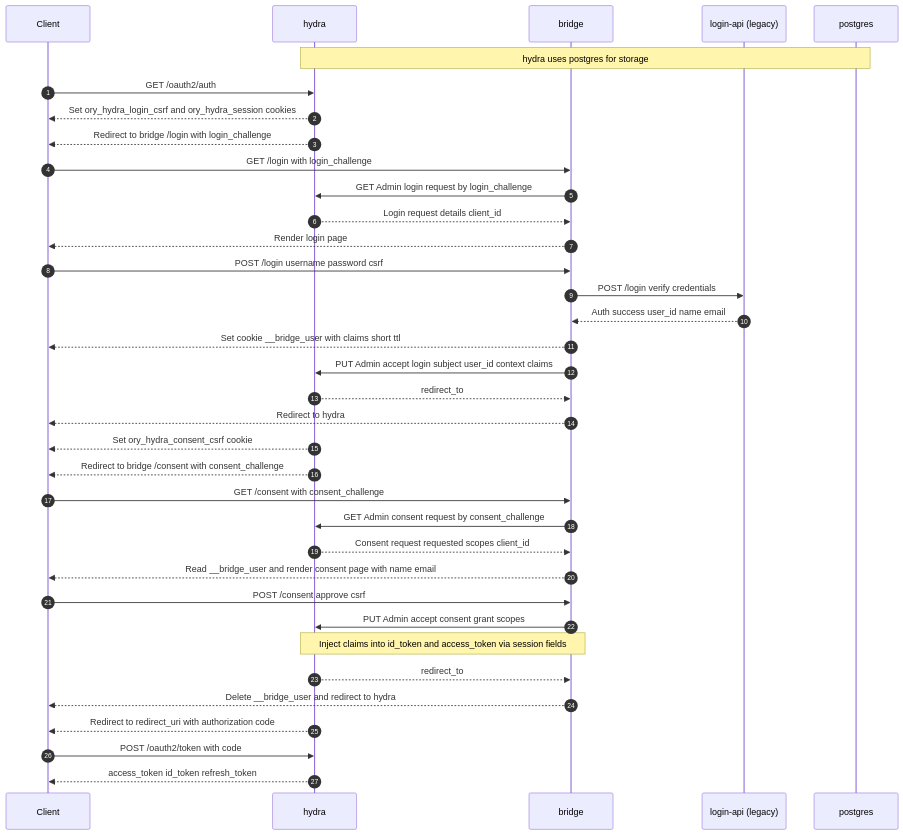
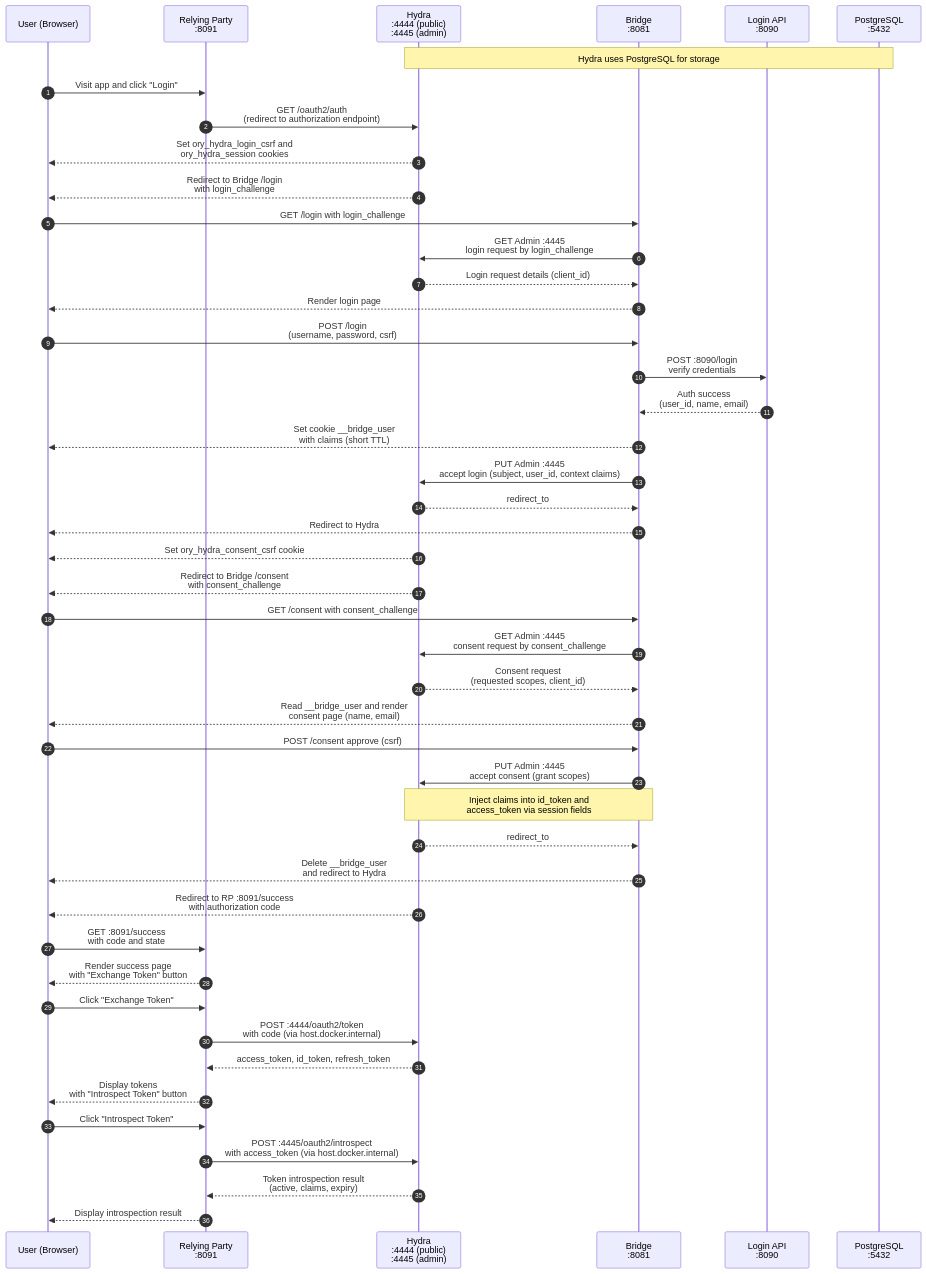
One commit to nduyhai/hydra-bridge changed the diagram in README.md. Above: the diagram before and after it, drawn with Mermaid. The commit also changed 3 other files, not shown here.

Commit message:
feat: add introspect token

````diff
--- a/README.md
+++ b/README.md
@@ -32,40 +32,60 @@
 ```mermaid
 sequenceDiagram
-    autonumber
-    participant Client
-    participant hydra as hydra
-    participant bridge as bridge
-    participant login_api as login-api (legacy)
-    participant postgres as postgres
-    Note over hydra, postgres: hydra uses postgres for storage
-    Client ->> hydra: GET /oauth2/auth
-    hydra -->> Client: Set ory_hydra_login_csrf and ory_hydra_session cookies
-    hydra -->> Client: Redirect to bridge /login with login_challenge
-    Client ->> bridge: GET /login with login_challenge
-    bridge ->> hydra: GET Admin login request by login_challenge
-    hydra -->> bridge: Login request details client_id
-    bridge -->> Client: Render login page
-    Client ->> bridge: POST /login username password csrf
-    bridge ->> login_api: POST /login verify credentials
-    login_api -->> bridge: Auth success user_id name email
-    bridge -->> Client: Set cookie __bridge_user with claims short ttl
-    bridge ->> hydra: PUT Admin accept login subject user_id context claims
-    hydra -->> bridge: redirect_to
-    bridge -->> Client: Redirect to hydra
-    hydra -->> Client: Set ory_hydra_consent_csrf cookie
-    hydra -->> Client: Redirect to bridge /consent with consent_challenge
-    Client ->> bridge: GET /consent with consent_challenge
-    bridge ->> hydra: GET Admin consent request by consent_challenge
-    hydra -->> bridge: Consent request requested scopes client_id
-    bridge -->> Client: Read __bridge_user and render consent page with name email
-    Client ->> bridge: POST /consent approve csrf
-    bridge ->> hydra: PUT Admin accept consent grant scopes
-    Note over bridge, hydra: Inject claims into id_token and access_token via session fields
-    hydra -->> bridge: redirect_to
-    bridge -->> Client: Delete __bridge_user and redirect to hydra
-    hydra -->> Client: Redirect to redirect_uri with authorization code
-    Client ->> hydra: POST /oauth2/token with code
-    hydra -->> Client: access_token id_token refresh_token
+  autonumber
+  participant User as User (Browser)
+  participant RP as Relying Party<br/>:8091
+  participant Hydra as Hydra<br/>:4444 (public)<br/>:4445 (admin)
+  participant Bridge as Bridge<br/>:8081
+  participant LoginAPI as Login API<br/>:8090
+  participant DB as PostgreSQL<br/>:5432
 
+  Note over Hydra,DB: Hydra uses PostgreSQL for storage
+
+  User->>RP: Visit app and click "Login"
+  RP->>Hydra: GET /oauth2/auth<br/>(redirect to authorization endpoint)
+  Hydra-->>User: Set ory_hydra_login_csrf and<br/>ory_hydra_session cookies
+  Hydra-->>User: Redirect to Bridge /login<br/>with login_challenge
+
+  User->>Bridge: GET /login with login_challenge
+  Bridge->>Hydra: GET Admin :4445<br/>login request by login_challenge
+  Hydra-->>Bridge: Login request details (client_id)
+  Bridge-->>User: Render login page
+
+  User->>Bridge: POST /login<br/>(username, password, csrf)
+  Bridge->>LoginAPI: POST :8090/login<br/>verify credentials
+  LoginAPI-->>Bridge: Auth success<br/>(user_id, name, email)
+  Bridge-->>User: Set cookie __bridge_user<br/>with claims (short TTL)
+  Bridge->>Hydra: PUT Admin :4445<br/>accept login (subject, user_id, context claims)
+  Hydra-->>Bridge: redirect_to
+  Bridge-->>User: Redirect to Hydra
+
+  Hydra-->>User: Set ory_hydra_consent_csrf cookie
+  Hydra-->>User: Redirect to Bridge /consent<br/>with consent_challenge
+
+  User->>Bridge: GET /consent with consent_challenge
+  Bridge->>Hydra: GET Admin :4445<br/>consent request by consent_challenge
+  Hydra-->>Bridge: Consent request<br/>(requested scopes, client_id)
+  Bridge-->>User: Read __bridge_user and render<br/>consent page (name, email)
+
+  User->>Bridge: POST /consent approve (csrf)
+  Bridge->>Hydra: PUT Admin :4445<br/>accept consent (grant scopes)
+  Note over Bridge,Hydra: Inject claims into id_token and<br/>access_token via session fields
+  Hydra-->>Bridge: redirect_to
+  Bridge-->>User: Delete __bridge_user<br/>and redirect to Hydra
+
+  Hydra-->>User: Redirect to RP :8091/success<br/>with authorization code
+
+  User->>RP: GET :8091/success<br/>with code and state
+  RP-->>User: Render success page<br/>with "Exchange Token" button
+
+  User->>RP: Click "Exchange Token"
+  RP->>Hydra: POST :4444/oauth2/token<br/>with code (via host.docker.internal)
+  Hydra-->>RP: access_token, id_token, refresh_token
+  RP-->>User: Display tokens<br/>with "Introspect Token" button
+
+  User->>RP: Click "Introspect Token"
+  RP->>Hydra: POST :4445/oauth2/introspect<br/>with access_token (via host.docker.internal)
+  Hydra-->>RP: Token introspection result<br/>(active, claims, expiry)
+  RP-->>User: Display introspection result
 
 ```
````
